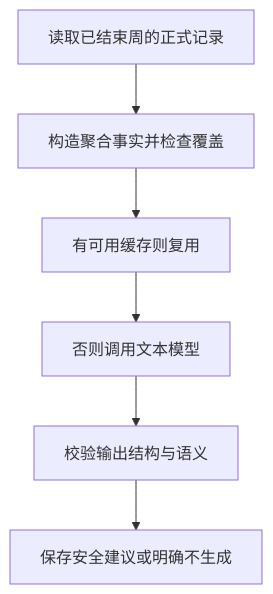
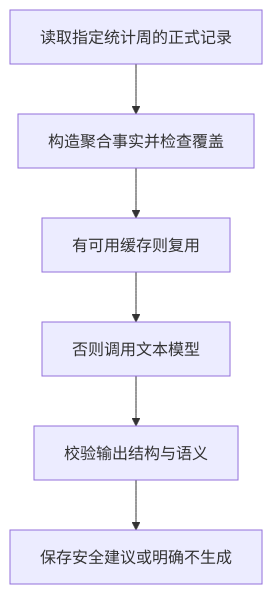
The diagram in docs/learning/feature-weekly-review.md (HuaguoshanLab/identify-food-calories), drawn with Mermaid before and after one commit. The commit also changed other lines of this file and 21 other files, not shown here.

````diff
--- a/docs/learning/feature-weekly-review.md
+++ b/docs/learning/feature-weekly-review.md
@@ -17,14 +19,14 @@
 ```mermaid
 flowchart TD
-    N0["读取已结束周的正式记录"]
+    N0["读取指定统计周的正式记录"]
     N1["构造聚合事实并检查覆盖"]
     N0 --> N1
     N2["有可用缓存则复用"]
     N1 --> N2
     N3["否则调用文本模型"]
     N2 --> N3
     N4["校验输出结构与语义"]
     N3 --> N4
     N5["保存安全建议或明确不生成"]
     N4 --> N5
 ```
````
